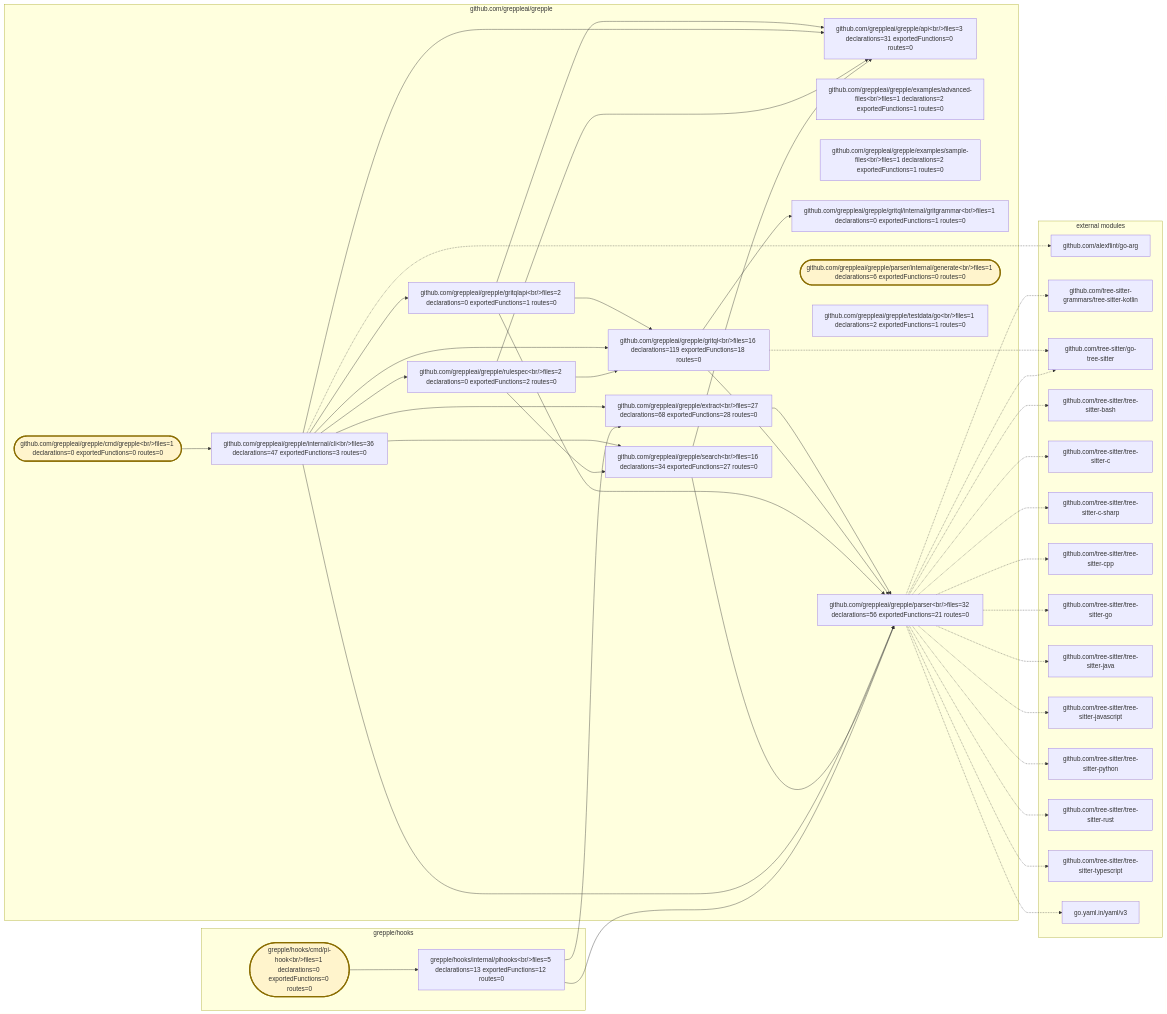
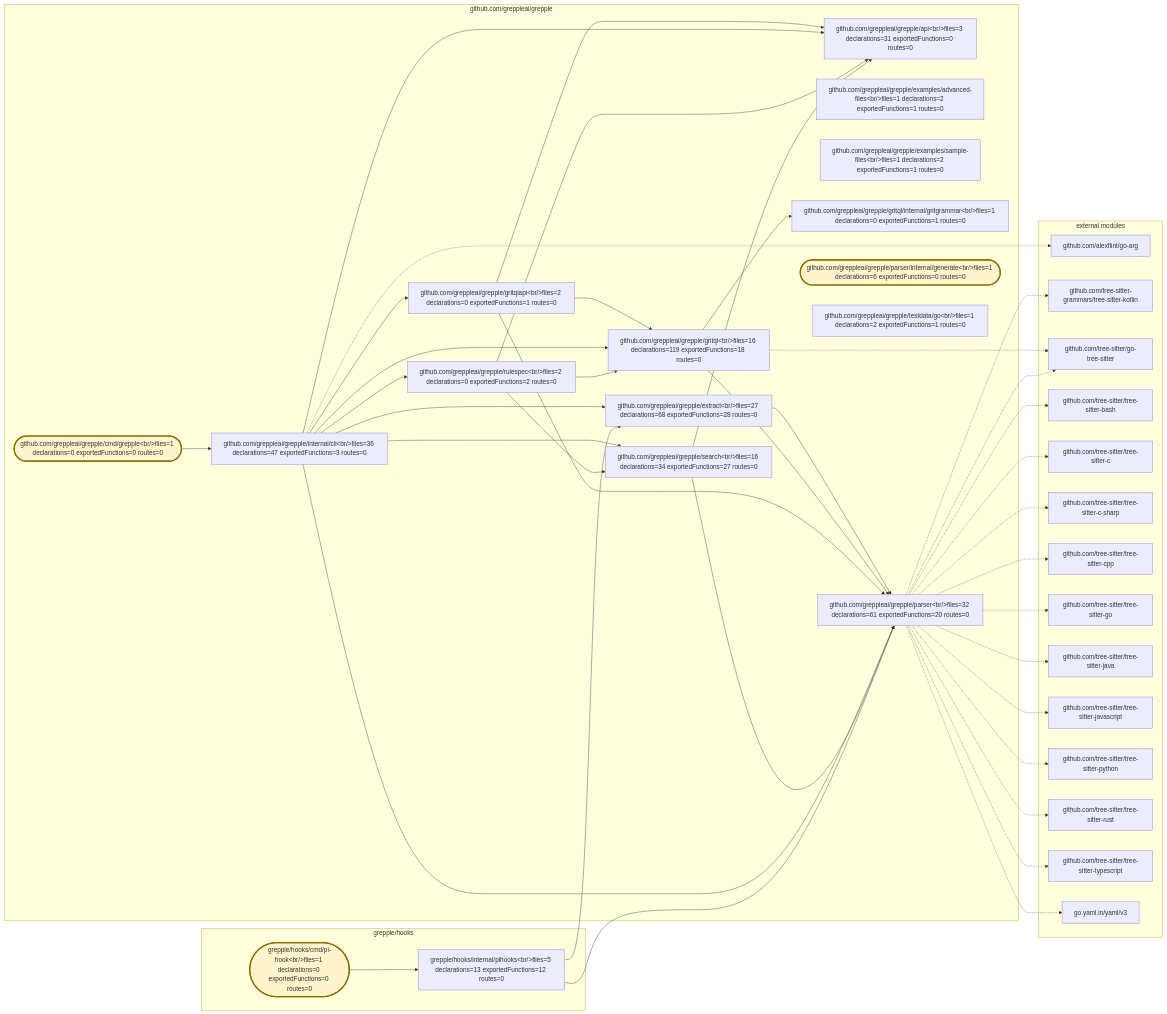
Before and after one commit to greppleai/grepple: the diagram in .grepple/project.workspace/overview.mmd, drawn with Mermaid. The commit also changed 39 other files, not shown here.

```diff
--- a/.grepple/project.workspace/overview.mmd
+++ b/.grepple/project.workspace/overview.mmd
@@ -1,78 +1,78 @@
 flowchart LR
     classDef entrypoint fill:#fff4cc,stroke:#8a6d00,stroke-width:3px
     subgraph module_0["github.com/greppleai/grepple"]
         package_0["github.com/greppleai/grepple/api&lt;br/&gt;files=3 declarations=31 exportedFunctions=0 routes=0"]
         package_1(["github.com/greppleai/grepple/cmd/grepple&lt;br/&gt;files=1 declarations=0 exportedFunctions=0 routes=0"])
         class package_1 entrypoint
         package_2["github.com/greppleai/grepple/examples/advanced-files&lt;br/&gt;files=1 declarations=2 exportedFunctions=1 routes=0"]
         package_3["github.com/greppleai/grepple/examples/sample-files&lt;br/&gt;files=1 declarations=2 exportedFunctions=1 routes=0"]
         package_4["github.com/greppleai/grepple/extract&lt;br/&gt;files=27 declarations=68 exportedFunctions=28 routes=0"]
         package_5["github.com/greppleai/grepple/gritql&lt;br/&gt;files=16 declarations=119 exportedFunctions=18 routes=0"]
         package_6["github.com/greppleai/grepple/gritql/internal/gritgrammar&lt;br/&gt;files=1 declarations=0 exportedFunctions=1 routes=0"]
         package_7["github.com/greppleai/grepple/gritqlapi&lt;br/&gt;files=2 declarations=0 exportedFunctions=1 routes=0"]
         package_8["github.com/greppleai/grepple/internal/cli&lt;br/&gt;files=36 declarations=47 exportedFunctions=3 routes=0"]
-        package_9["github.com/greppleai/grepple/parser&lt;br/&gt;files=32 declarations=56 exportedFunctions=21 routes=0"]
+        package_9["github.com/greppleai/grepple/parser&lt;br/&gt;files=32 declarations=61 exportedFunctions=20 routes=0"]
         package_10(["github.com/greppleai/grepple/parser/internal/generate&lt;br/&gt;files=1 declarations=6 exportedFunctions=0 routes=0"])
         class package_10 entrypoint
         package_11["github.com/greppleai/grepple/rulespec&lt;br/&gt;files=2 declarations=0 exportedFunctions=2 routes=0"]
         package_12["github.com/greppleai/grepple/search&lt;br/&gt;files=16 declarations=34 exportedFunctions=27 routes=0"]
         package_13["github.com/greppleai/grepple/testdata/go&lt;br/&gt;files=1 declarations=2 exportedFunctions=1 routes=0"]
     end
     subgraph module_1["grepple/hooks"]
         package_14(["grepple/hooks/cmd/pi-hook&lt;br/&gt;files=1 declarations=0 exportedFunctions=0 routes=0"])
         class package_14 entrypoint
         package_15["grepple/hooks/internal/pihooks&lt;br/&gt;files=5 declarations=13 exportedFunctions=12 routes=0"]
     end
     package_1 --> package_8
     package_4 --> package_9
     package_5 --> package_6
     package_5 --> package_9
     package_7 --> package_0
     package_7 --> package_5
     package_7 --> package_9
     package_8 --> package_0
     package_8 --> package_4
     package_8 --> package_5
     package_8 --> package_7
     package_8 --> package_9
     package_8 --> package_11
     package_8 --> package_12
     package_11 --> package_0
     package_11 --> package_5
     package_11 --> package_12
     package_12 --> package_0
     package_12 --> package_9
     package_14 --> package_15
     package_15 --> package_4
     package_15 --> package_9
     subgraph external_dependencies["external modules"]
         external_0["github.com/alexflint/go-arg"]
         external_1["github.com/tree-sitter-grammars/tree-sitter-kotlin"]
         external_2["github.com/tree-sitter/go-tree-sitter"]
         external_3["github.com/tree-sitter/tree-sitter-bash"]
         external_4["github.com/tree-sitter/tree-sitter-c"]
         external_5["github.com/tree-sitter/tree-sitter-c-sharp"]
         external_6["github.com/tree-sitter/tree-sitter-cpp"]
         external_7["github.com/tree-sitter/tree-sitter-go"]
         external_8["github.com/tree-sitter/tree-sitter-java"]
         external_9["github.com/tree-sitter/tree-sitter-javascript"]
         external_10["github.com/tree-sitter/tree-sitter-python"]
         external_11["github.com/tree-sitter/tree-sitter-rust"]
         external_12["github.com/tree-sitter/tree-sitter-typescript"]
         external_13["go.yaml.in/yaml/v3"]
     end
     package_8 -.-> external_0
     package_9 -.-> external_1
     package_5 -.-> external_2
     package_9 -.-> external_2
     package_9 -.-> external_3
     package_9 -.-> external_4
     package_9 -.-> external_5
     package_9 -.-> external_6
     package_9 -.-> external_7
     package_9 -.-> external_8
     package_9 -.-> external_9
     package_9 -.-> external_10
     package_9 -.-> external_11
     package_9 -.-> external_12
     package_9 -.-> external_13
```
